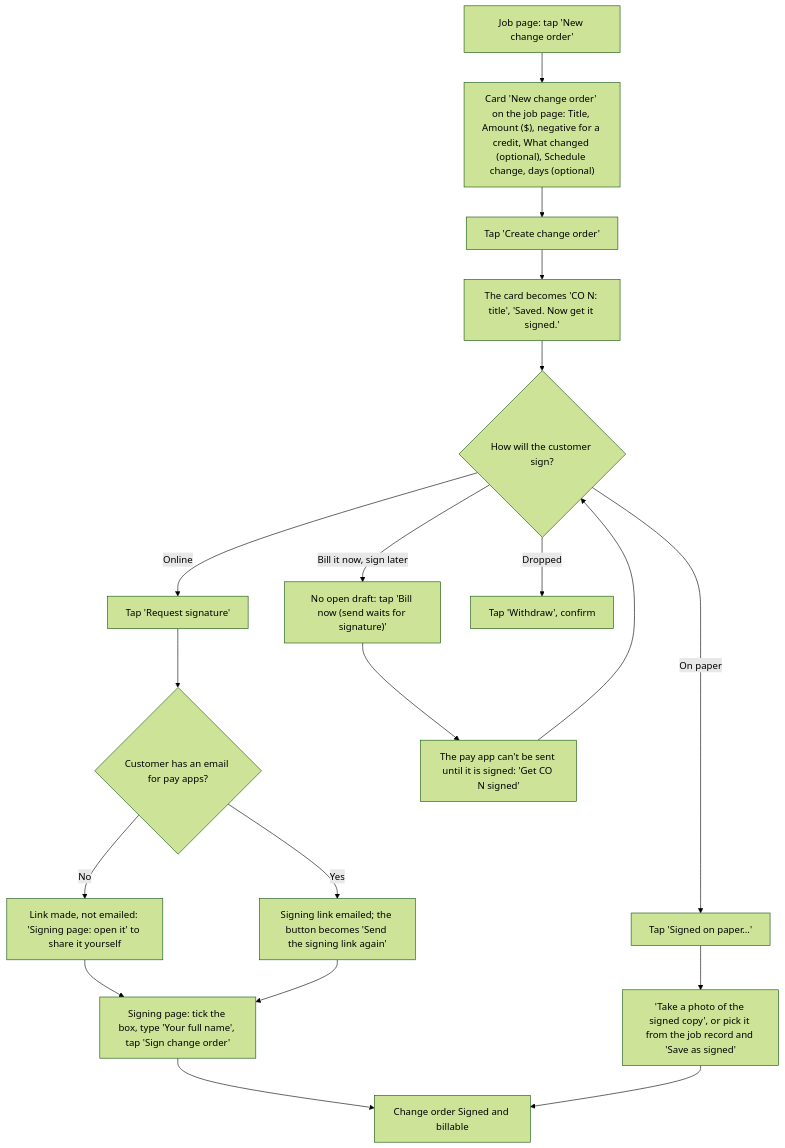
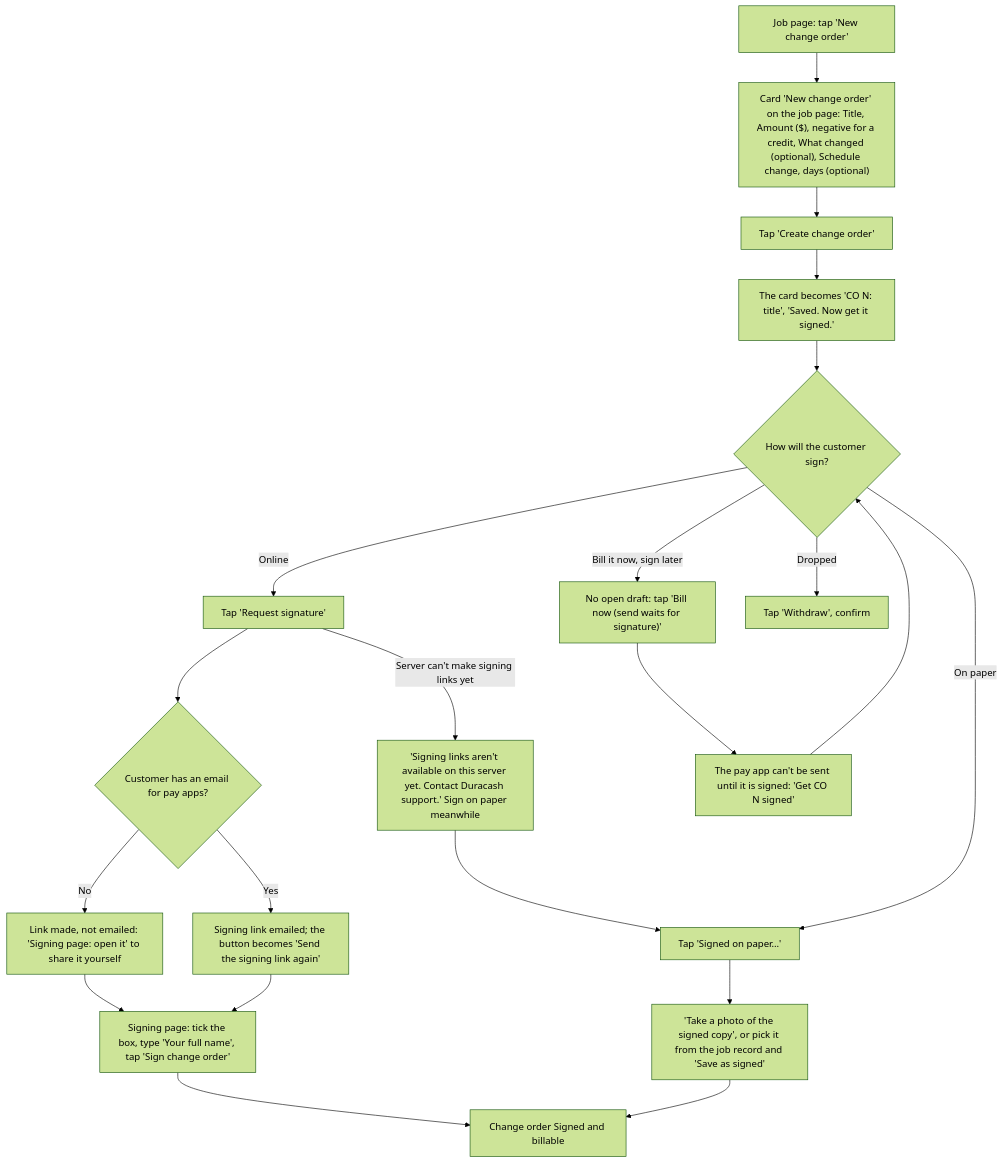
One commit to cartwrightstephen/billdable changed the sixth of 15 diagrams in docs/client-flows.md. Above: the diagram before and after it, drawn with Mermaid (forest theme). The commit also changed other lines of this file, not shown here.

First line of the commit message:
Flows doc: the four branches' changes together, references matched to the merged code

````diff
--- a/docs/client-flows.md
+++ b/docs/client-flows.md
@@ -223,21 +225,23 @@
 ```mermaid
 flowchart TD
     A["Job page: tap 'New change order'"] --> B["Card 'New change order' on the job page: Title, Amount ($), negative for a credit, What changed (optional), Schedule change, days (optional)"]
     B --> D["Tap 'Create change order'"]
     D --> E["The card becomes 'CO N: title', 'Saved. Now get it signed.'"]
     E --> F{"How will the customer sign?"}
     F -->|"Online"| G["Tap 'Request signature'"]
+    G -->|"Server can't make signing links yet"| G2["'Signing links aren't available on this server yet. Contact Duracash support.' Sign on paper meanwhile"]
+    G2 --> L
     G --> H{"Customer has an email for pay apps?"}
     H -->|"Yes"| I["Signing link emailed; the button becomes 'Send the signing link again'"]
     H -->|"No"| J["Link made, not emailed: 'Signing page: open it' to share it yourself"]
     J --> K
     I --> K["Signing page: tick the box, type 'Your full name', tap 'Sign change order'"]
     F -->|"On paper"| L["Tap 'Signed on paper…'"]
     L --> M["'Take a photo of the signed copy', or pick it from the job record and 'Save as signed'"]
     F -->|"Bill it now, sign later"| N["No open draft: tap 'Bill now (send waits for signature)'"]
     N --> O["The pay app can't be sent until it is signed: 'Get CO N signed'"]
     O --> F
     F -->|"Dropped"| P["Tap 'Withdraw', confirm"]
     K --> Q["Change order Signed and billable"]
     M --> Q
 ```
````
